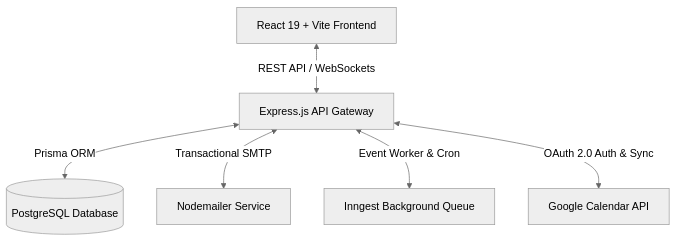
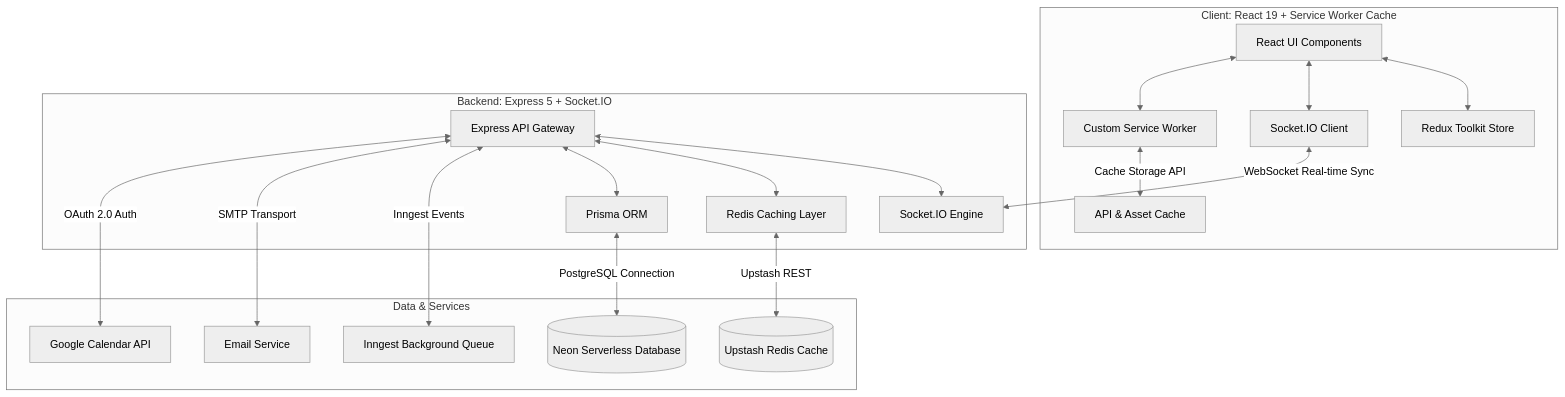
The first of 2 diagrams in README.md (PiyushY111/Syncro), drawn with Mermaid (neutral theme) before and after one commit. The commit also changed other lines of this file, not shown here.

````diff
--- a/README.md
+++ b/README.md
@@ -11,8 +77,25 @@
 ```mermaid
 graph TD
-    Client[React 19 + Vite Frontend] <-->|REST API / WebSockets| Server[Express.js API Gateway]
-    Server <-->|Prisma ORM| DB[(PostgreSQL Database)]
-    Server <-->|Transactional SMTP| Email[Nodemailer Service]
-    Server <-->|Event Worker & Cron| Inngest[Inngest Background Queue]
-    Server <-->|OAuth 2.0 Auth & Sync| Google[Google Calendar API]
+    subgraph Client [Client: React 19 + Service Worker Cache]
+        UI[React UI Components] <--> Redux[Redux Toolkit Store]
+        UI <--> Socket[Socket.IO Client]
+        UI <--> SW[Custom Service Worker]
+        SW <-->|Cache Storage API| Cache[API & Asset Cache]
+    end
+
+    subgraph Server [Backend: Express 5 + Socket.IO]
+        API[Express API Gateway] <--> Sockets[Socket.IO Engine]
+        API <--> CacheLayer[Redis Caching Layer]
+        API <--> Prisma[Prisma ORM]
+    end
+
+    subgraph Infrastructure [Data & Services]
+        CacheLayer <-->|Upstash REST| Redis[(Upstash Redis Cache)]
+        Prisma <-->|PostgreSQL Connection| DB[(Neon Serverless Database)]
+        API <-->|Inngest Events| Inngest[Inngest Background Queue]
+        API <-->|SMTP Transport| Nodemailer[Email Service]
+        API <-->|OAuth 2.0 Auth| Google[Google Calendar API]
+    end
+
+    Socket <-->|WebSocket Real-time Sync| Sockets
 ```
````
